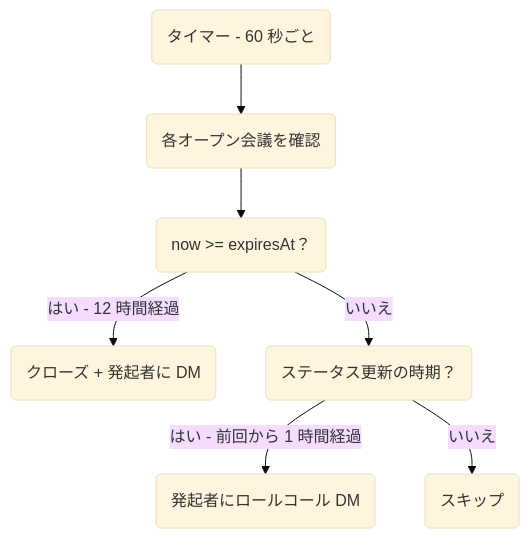
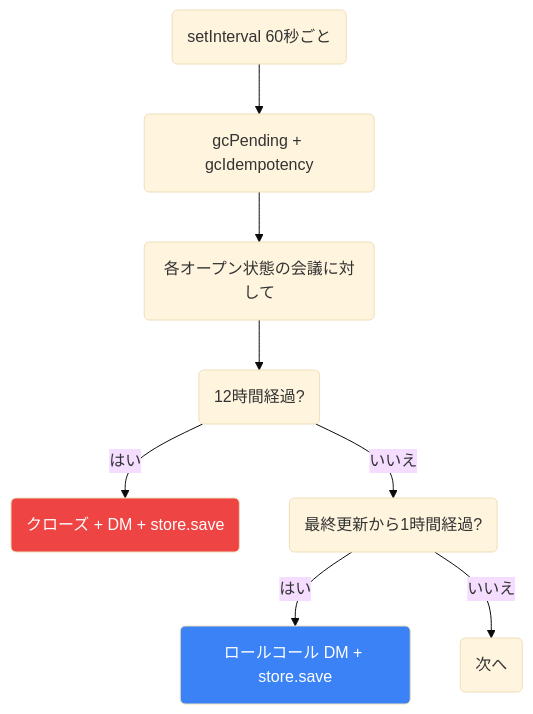
Diagram 12 of 13 in README.ja.md (javana3/claw_meeting_all), drawn with Mermaid (base theme) before and after one commit. The commit also changed other lines of this file and 4 other files, not shown here.

First line of the commit message:
docs: rewrite all 5 READMEs with detailed Plugin/Skill flow + diff

````diff
--- a/README.ja.md
+++ b/README.ja.md
@@ -157,9 +365,13 @@
 ```mermaid
 graph TD
-    A(タイマー - 60 秒ごと) --> B(各オープン会議を確認)
-    B --> C(now >= expiresAt？)
-    C -->|はい - 12 時間経過| D(クローズ + 発起者に DM)
-    C -->|いいえ| E(ステータス更新の時期？)
-    E -->|はい - 前回から 1 時間経過| F(発起者にロールコール DM)
-    E -->|いいえ| G(スキップ)
+    TICK(setInterval 60秒ごと) --> GC(gcPending + gcIdempotency)
+    GC --> LOOP(各オープン状態の会議に対して)
+    LOOP --> EXP(12時間経過?)
+    EXP -->|はい| CLOSE(クローズ + DM + store.save)
+    EXP -->|いいえ| STATUS(最終更新から1時間経過?)
+    STATUS -->|はい| DM(ロールコール DM + store.save)
+    STATUS -->|いいえ| NEXT(次へ)
+
+    style CLOSE fill:#ef4444,color:#fff
+    style DM fill:#3b82f6,color:#fff
 ```
````
